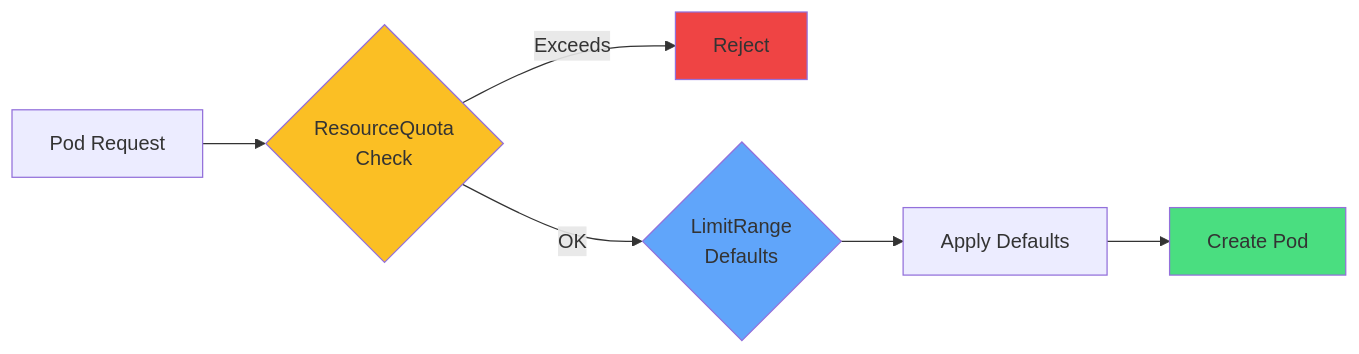
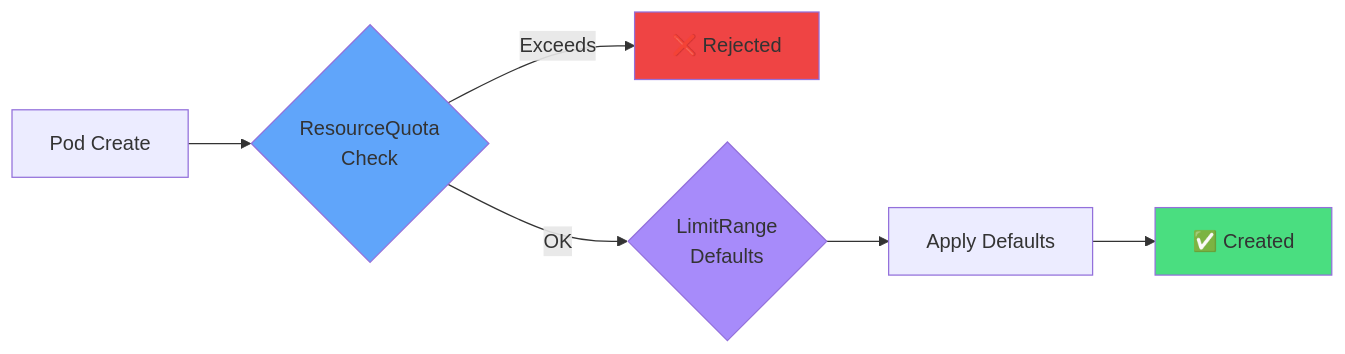
Before and after one commit to courselabs/kubernetes: the seventh of 8 diagrams in slides/admission/slides.md, drawn with Mermaid. The commit also changed other lines of this file and 7 other files, not shown here.

````diff
--- a/slides/admission/slides.md
+++ b/slides/admission/slides.md
@@ -357,12 +413,12 @@
 ```mermaid
 graph LR
-    P[Pod Request] --> RQ{ResourceQuota<br/>Check}
-    RQ -->|Exceeds| R1[Reject]
+    P[Pod Create] --> RQ{ResourceQuota<br/>Check}
+    RQ -->|Exceeds| Reject[❌ Rejected]
     RQ -->|OK| LR{LimitRange<br/>Defaults}
-    LR --> A[Apply Defaults]
-    A --> C[Create Pod]
-    style RQ fill:#fbbf24
-    style LR fill:#60a5fa
-    style R1 fill:#ef4444
-    style C fill:#4ade80
+    LR --> Apply[Apply Defaults]
+    Apply --> Accept[✅ Created]
+    style RQ fill:#60a5fa
+    style LR fill:#a78bfa
+    style Reject fill:#ef4444
+    style Accept fill:#4ade80
 ```
````
